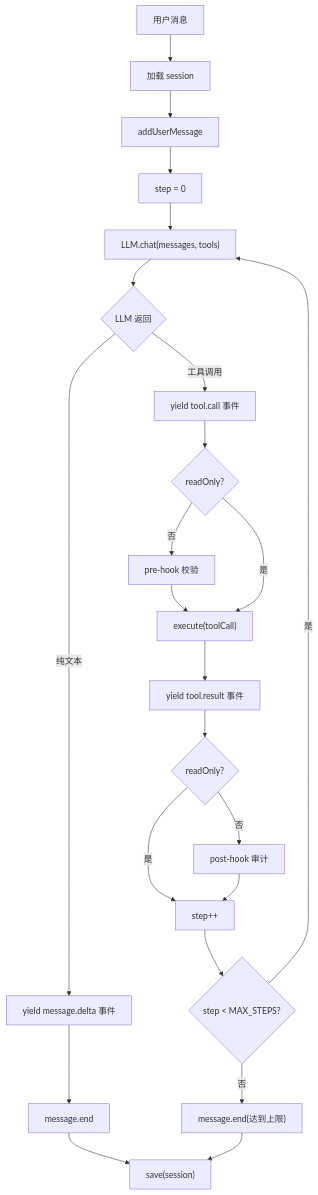
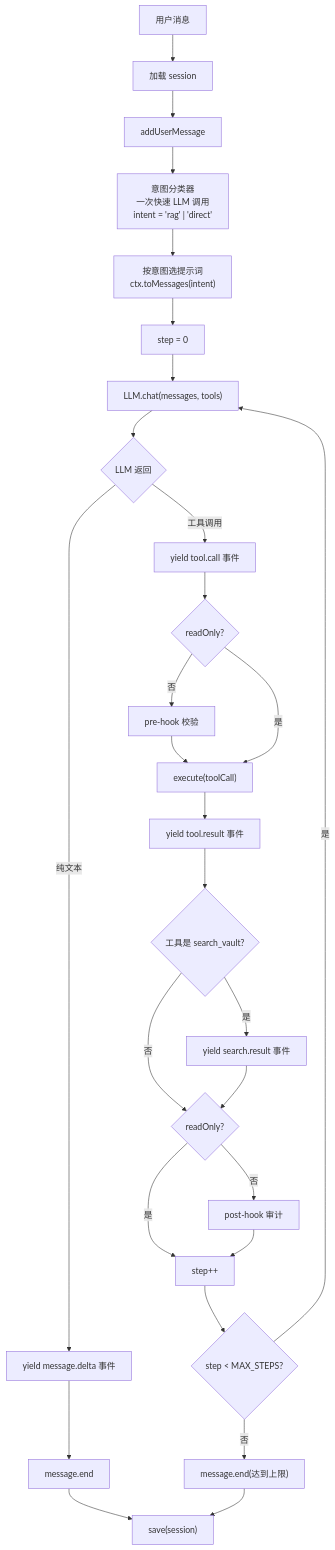
The first of 3 diagrams in docs/architecture/agent/agent-loop.md (golddream-y/obsidian-ratel), drawn with Mermaid before and after one commit. The commit also changed other lines of this file and 14 other files, not shown here.

````diff
--- a/docs/architecture/agent/agent-loop.md
+++ b/docs/architecture/agent/agent-loop.md
@@ -48,29 +48,34 @@
 ```mermaid
 flowchart TB
     START["用户消息"] --> LOAD["加载 session"]
     LOAD --> ADD["addUserMessage"]
-    ADD --> STEP["step = 0"]
+    ADD --> INTENT["意图分类器<br/>一次快速 LLM 调用<br/>intent = 'rag' | 'direct'"]
+    INTENT --> PROMPT["按意图选提示词<br/>ctx.toMessages(intent)"]
+    PROMPT --> STEP["step = 0"]
 
     STEP --> LLM["LLM.chat(messages, tools)"]
     LLM --> CHECK{"LLM 返回"}
 
     CHECK -->|"纯文本"| YIELD["yield message.delta 事件"]
     YIELD --> END["message.end"]
 
     CHECK -->|"工具调用"| TC["yield tool.call 事件"]
     TC --> HOOK{"readOnly?"}
     HOOK -->|"否"| PRE["pre-hook 校验"]
     PRE --> EXEC["execute(toolCall)"]
     HOOK -->|"是"| EXEC
     EXEC --> RESULT["yield tool.result 事件"]
-    RESULT --> HOOK2{"readOnly?"}
+    RESULT --> SR{"工具是 search_vault?"}
+    SR -->|"是"| SREVT["yield search.result 事件"]
+    SR -->|"否"| HOOK2
+    SREVT --> HOOK2{"readOnly?"}
     HOOK2 -->|"否"| POST["post-hook 审计"]
     HOOK2 -->|"是"| NEXT["step++"]
     POST --> NEXT
     NEXT --> CHECK2{"step < MAX_STEPS?"}
     CHECK2 -->|"是"| LLM
     CHECK2 -->|"否"| END2["message.end(达到上限)"]
 
     END --> SAVE["save(session)"]
     END2 --> SAVE
 ```
````
